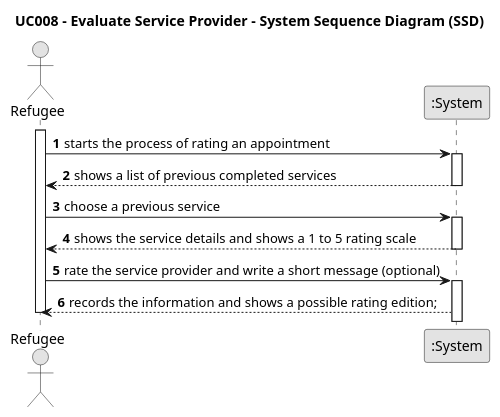
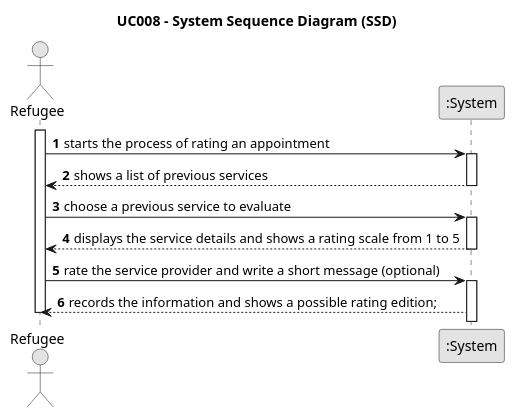
One commit to tbarracha/Upskill-Sprint-2-Gladly-Given changed the diagram in javaSprint2GladlyGiven/Docs/UseCases/uc008/us008-SSD.puml. Above: the diagram before and after it, drawn with PlantUML. The commit also changed 8 other files, not shown here.

```diff
--- a/javaSprint2GladlyGiven/Docs/UseCases/uc008/us008-SSD.puml
+++ b/javaSprint2GladlyGiven/Docs/UseCases/uc008/us008-SSD.puml
@@ -1,30 +1,30 @@
 @startuml
 skinparam monochrome true
 skinparam packageStyle rectangle
 skinparam shadowing false
 
-title UC008 - Evaluate Service Provider - System Sequence Diagram (SSD)
+title UC008 - System Sequence Diagram (SSD)
 
 autonumber
 
 actor Refugee
 participant ":System" as System
 
 activate Refugee
     Refugee -> System : starts the process of rating an appointment
     activate System
-        System --> Refugee : shows a list of previous completed services
+        System --> Refugee : shows a list of previous services
     deactivate System
 
-    Refugee -> System : choose a previous service
+    Refugee -> System : choose a previous service to evaluate
 
     activate System
-        System --> Refugee : shows the service details and shows a 1 to 5 rating scale
+        System --> Refugee : displays the service details and shows a rating scale from 1 to 5
     deactivate System
     Refugee -> System : rate the service provider and write a short message (optional)
 
     activate System
         System --> Refugee: records the information and shows a possible rating edition;
 deactivate Refugee
 
 @enduml
```
